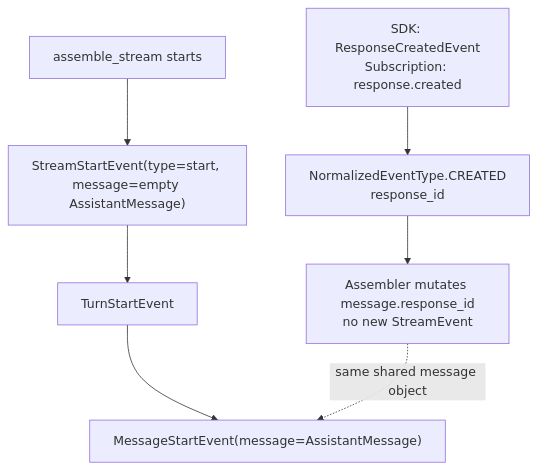
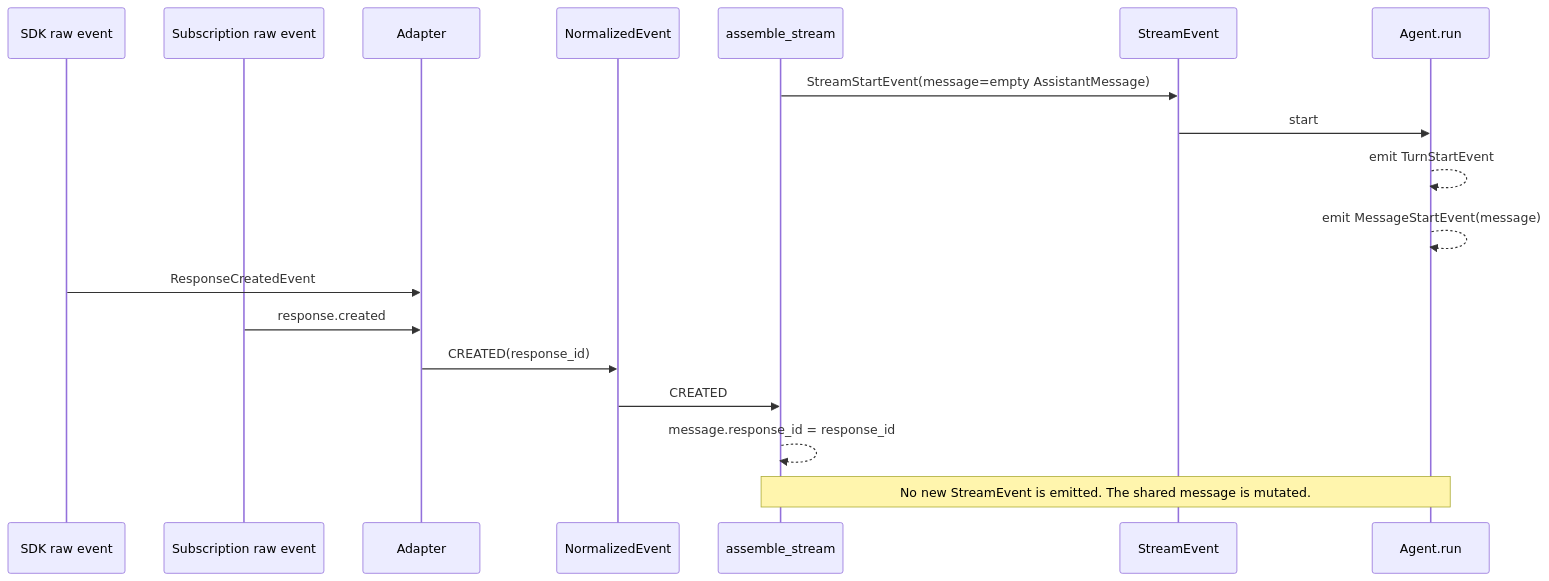
Before and after one commit to muneebshahid/tile: the second of 8 diagrams in docs/openai-stream-event-lifecycle.md, drawn with Mermaid. The commit also changed other lines of this file, not shown here.

Commit message:
Refactor OpenAI Stream Event Lifecycle documentation with updated Mermaid diagrams for clarity and consistency

````diff
--- a/docs/openai-stream-event-lifecycle.md
+++ b/docs/openai-stream-event-lifecycle.md
@@ -39,19 +39,22 @@
 ```mermaid
-flowchart TD
-    start["assemble_stream starts"]
-    stream_start["StreamStartEvent(type=start, message=empty AssistantMessage)"]
-    agent_turn_start["TurnStartEvent"]
-    agent_message_start["MessageStartEvent(message=AssistantMessage)"]
+sequenceDiagram
+    participant SDK as SDK raw event
+    participant Sub as Subscription raw event
+    participant Adapter as Adapter
+    participant Norm as NormalizedEvent
+    participant Asm as assemble_stream
+    participant Stream as StreamEvent
+    participant Agent as Agent.run
 
-    raw_created["SDK: ResponseCreatedEvent<br/>Subscription: response.created"]
-    normalized_created["NormalizedEventType.CREATED<br/>response_id"]
-    mutate_response_id["Assembler mutates message.response_id<br/>no new StreamEvent"]
+    Asm->>Stream: StreamStartEvent(message=empty AssistantMessage)
+    Stream->>Agent: start
+    Agent-->>Agent: emit TurnStartEvent
+    Agent-->>Agent: emit MessageStartEvent(message)
 
-    start --> stream_start
-    stream_start --> agent_turn_start
-    agent_turn_start --> agent_message_start
-
-    raw_created --> normalized_created
-    normalized_created --> mutate_response_id
-    mutate_response_id -. "same shared message object" .-> agent_message_start
+    SDK->>Adapter: ResponseCreatedEvent
+    Sub->>Adapter: response.created
+    Adapter->>Norm: CREATED(response_id)
+    Norm->>Asm: CREATED
+    Asm-->>Asm: message.response_id = response_id
+    Note over Asm,Agent: No new StreamEvent is emitted. The shared message is mutated.
 ```
````
